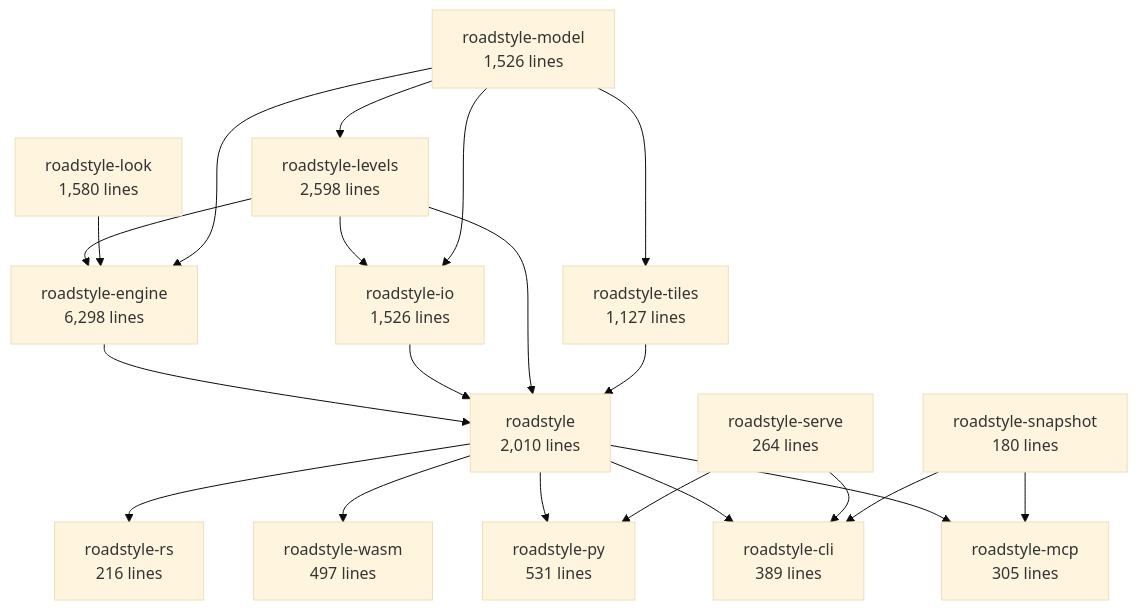
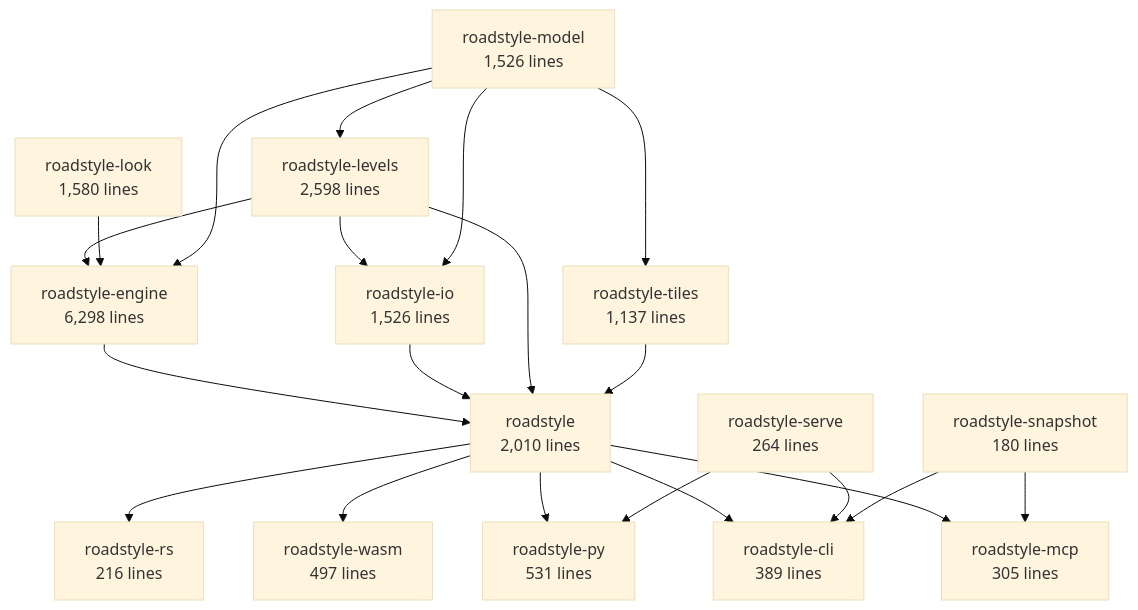
Before and after one commit to Khoshkhah/roadstyle: the second of 6 diagrams in docs/rust/architecture.md, drawn with Mermaid (base theme). The commit also changed other lines of this file and 5 other files, not shown here.

````diff
--- a/docs/rust/architecture.md
+++ b/docs/rust/architecture.md
@@ -70,37 +70,37 @@
 ```mermaid
 flowchart TB
     roadstyle_model["roadstyle-model<br/>1,526 lines"]
     roadstyle_look["roadstyle-look<br/>1,580 lines"]
     roadstyle_io["roadstyle-io<br/>1,526 lines"]
     roadstyle_levels["roadstyle-levels<br/>2,598 lines"]
     roadstyle_engine["roadstyle-engine<br/>6,298 lines"]
-    roadstyle_tiles["roadstyle-tiles<br/>1,127 lines"]
+    roadstyle_tiles["roadstyle-tiles<br/>1,137 lines"]
     roadstyle["roadstyle<br/>2,010 lines"]
     roadstyle_rs["roadstyle-rs<br/>216 lines"]
     roadstyle_wasm["roadstyle-wasm<br/>497 lines"]
     roadstyle_py["roadstyle-py<br/>531 lines"]
     roadstyle_cli["roadstyle-cli<br/>389 lines"]
     roadstyle_mcp["roadstyle-mcp<br/>305 lines"]
     roadstyle_serve["roadstyle-serve<br/>264 lines"]
     roadstyle_snapshot["roadstyle-snapshot<br/>180 lines"]
     roadstyle_levels --> roadstyle_io
     roadstyle_model --> roadstyle_io
     roadstyle_model --> roadstyle_levels
     roadstyle_levels --> roadstyle_engine
     roadstyle_look --> roadstyle_engine
     roadstyle_model --> roadstyle_engine
     roadstyle_model --> roadstyle_tiles
     roadstyle_engine --> roadstyle
     roadstyle_io --> roadstyle
     roadstyle_levels --> roadstyle
     roadstyle_tiles --> roadstyle
     roadstyle --> roadstyle_rs
     roadstyle --> roadstyle_wasm
     roadstyle --> roadstyle_py
     roadstyle_serve --> roadstyle_py
     roadstyle --> roadstyle_cli
     roadstyle_serve --> roadstyle_cli
     roadstyle_snapshot --> roadstyle_cli
     roadstyle --> roadstyle_mcp
     roadstyle_snapshot --> roadstyle_mcp
 ```
````
